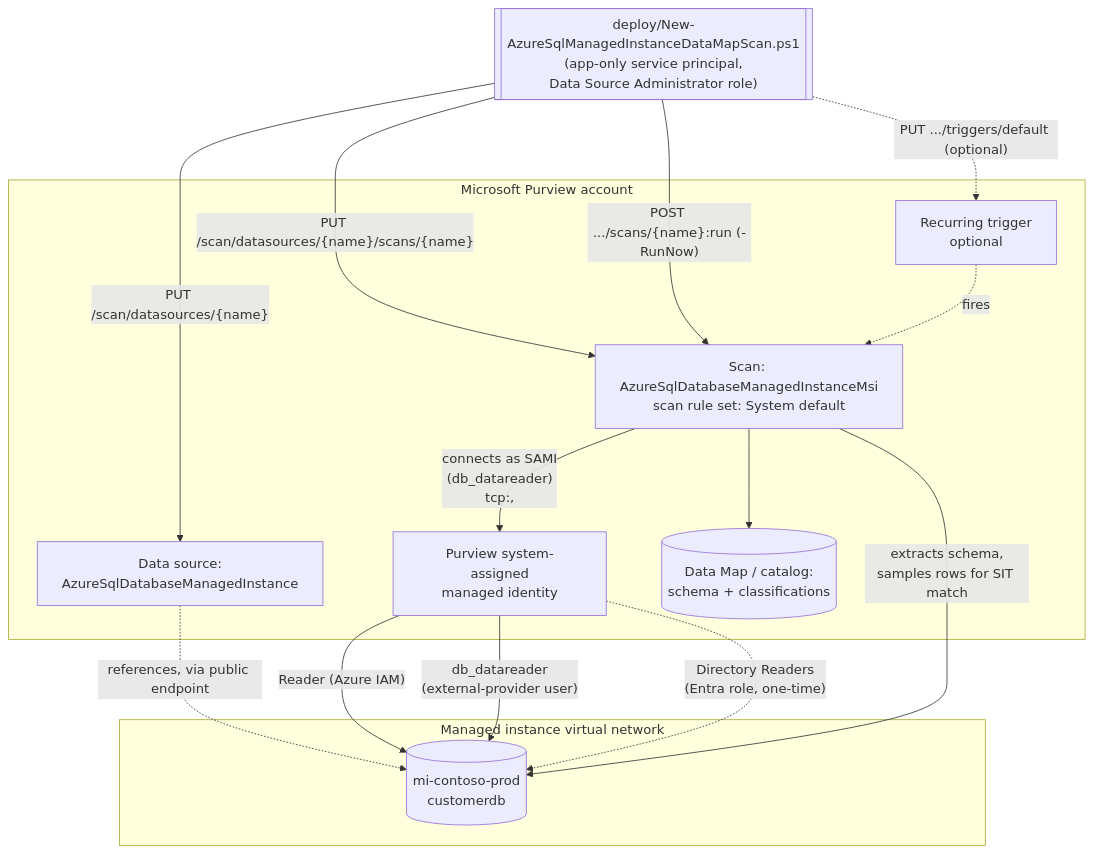
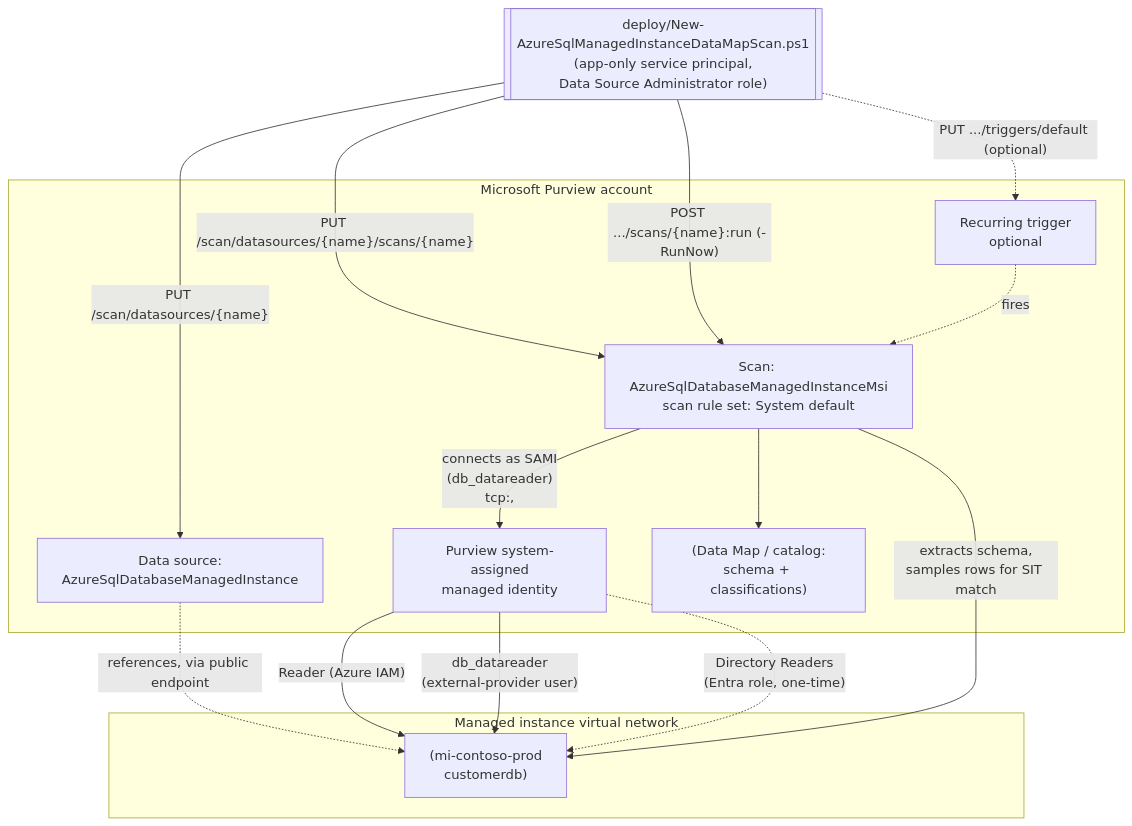
The diagram in src/content/scenarios/data-map/scan-azure-sql-managed-instance-and-classify.md (kpsec1/kpsec1.github.io), drawn with Mermaid before and after one commit. The commit also changed 80 other files, not shown here.

First line of the commit message:
Fix Mermaid diagram rendering across all scenarios

````diff
--- a/src/content/scenarios/data-map/scan-azure-sql-managed-instance-and-classify.md
+++ b/src/content/scenarios/data-map/scan-azure-sql-managed-instance-and-classify.md
@@ -70,30 +70,30 @@
 ```mermaid
 flowchart TD
     subgraph MISubnet["Managed instance virtual network"]
-        MI[(mi-contoso-prod<br/>customerdb)]
+        MI["(mi-contoso-prod<br/>customerdb)"]
     end
 
     subgraph Purview["Microsoft Purview account"]
         SAMI[Purview system-assigned<br/>managed identity]
         DS[Data source:<br/>AzureSqlDatabaseManagedInstance]
         Scan["Scan: AzureSqlDatabaseManagedInstanceMsi<br/>scan rule set: System default"]
         Trigger[Recurring trigger<br/>optional]
-        DataMap[(Data Map / catalog:<br/>schema + classifications)]
+        DataMap["(Data Map / catalog:<br/>schema + classifications)"]
     end
 
     Deployer[["deploy/New-AzureSqlManagedInstanceDataMapScan.ps1<br/>(app-only service principal,<br/>Data Source Administrator role)"]]
 
     Deployer -- "PUT /scan/datasources/{name}" --> DS
     Deployer -- "PUT /scan/datasources/{name}/scans/{name}" --> Scan
     Deployer -. "PUT .../triggers/default (optional)" .-> Trigger
     Deployer -- "POST .../scans/{name}:run (-RunNow)" --> Scan
 
     DS -.->|references, via public endpoint| MI
     Scan -- "connects as SAMI<br/>(db_datareader)<br/>tcp:<fqdn>,<port>" --> SAMI
     SAMI -- "Reader (Azure IAM)" --> MI
     SAMI -- "db_datareader<br/>(external-provider user)" --> MI
     SAMI -.->|"Directory Readers<br/>(Entra role, one-time)"| MI
     Scan -- "extracts schema,<br/>samples rows for SIT match" --> MI
     Scan --> DataMap
     Trigger -.->|fires| Scan
 ```
````
